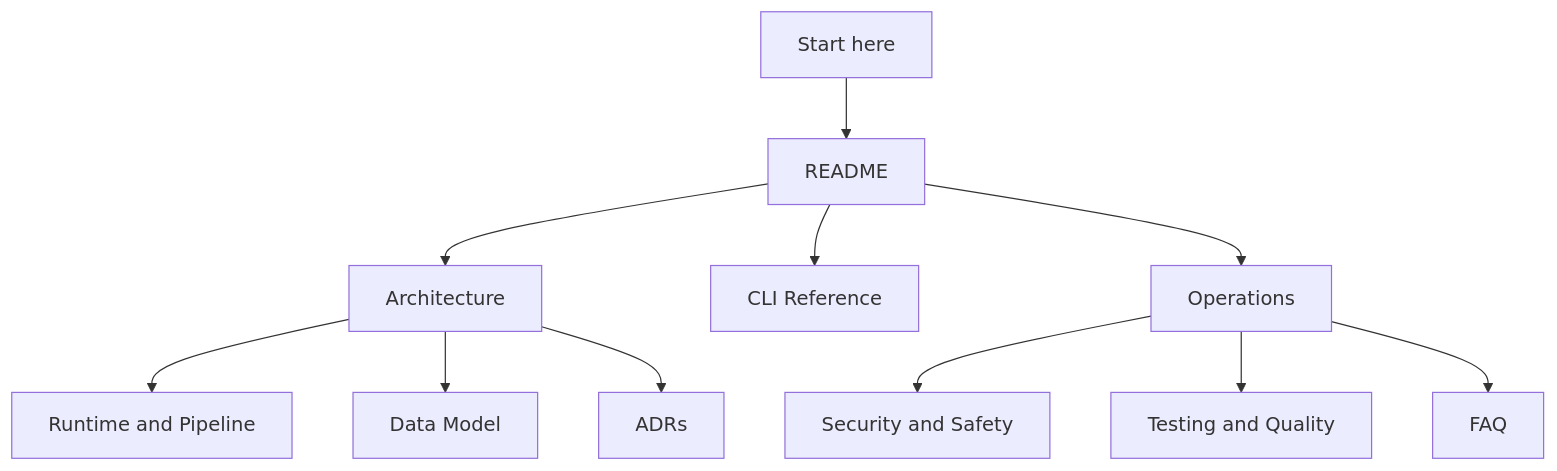
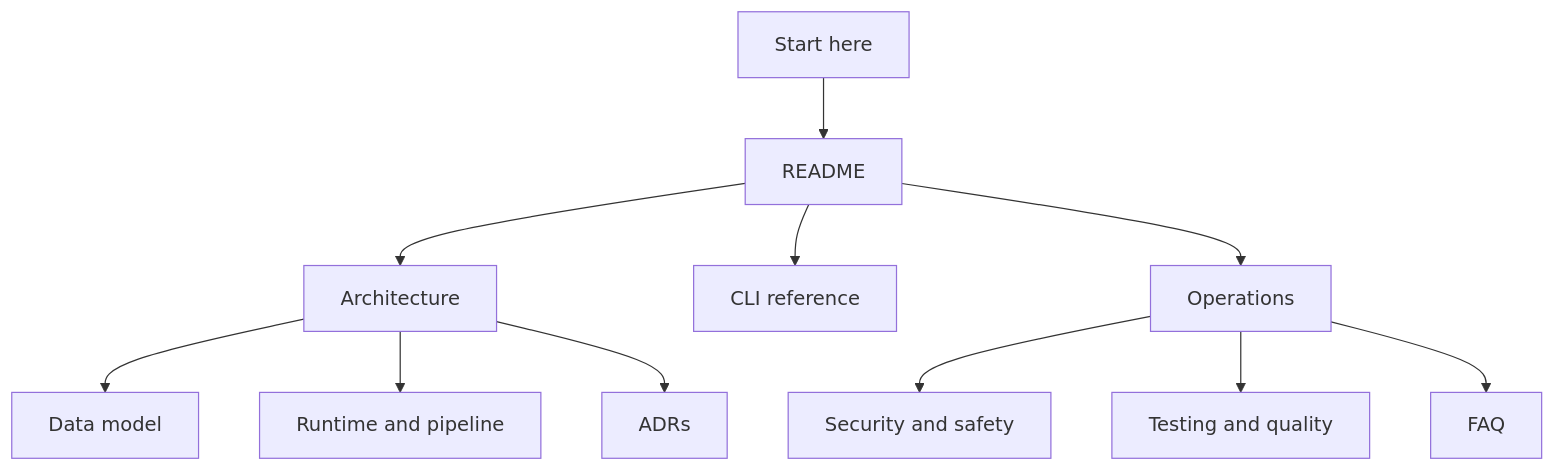
The diagram in docs/index.md (MikesHorcrux/PromptForge), drawn with Mermaid before and after one commit. The commit also changed other lines of this file and 18 other files, not shown here.

````diff
--- a/docs/index.md
+++ b/docs/index.md
@@ -11,13 +11,13 @@
 ```mermaid
 flowchart TD
   Start["Start here"] --> Readme["README"]
   Readme --> Arch["Architecture"]
-  Readme --> Cli["CLI Reference"]
+  Readme --> CLI["CLI reference"]
   Readme --> Ops["Operations"]
-  Arch --> Runtime["Runtime and Pipeline"]
-  Arch --> Data["Data Model"]
-  Ops --> Security["Security and Safety"]
-  Ops --> Quality["Testing and Quality"]
-  Ops --> Faq["FAQ"]
-  Arch --> Adr["ADRs"]
+  Arch --> Data["Data model"]
+  Arch --> Runtime["Runtime and pipeline"]
+  Ops --> Security["Security and safety"]
+  Ops --> Quality["Testing and quality"]
+  Ops --> FAQ["FAQ"]
+  Arch --> ADR["ADRs"]
 ```
````
